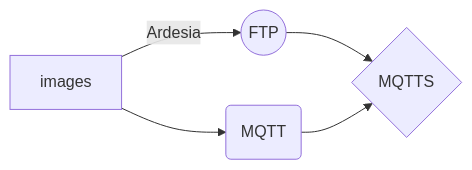
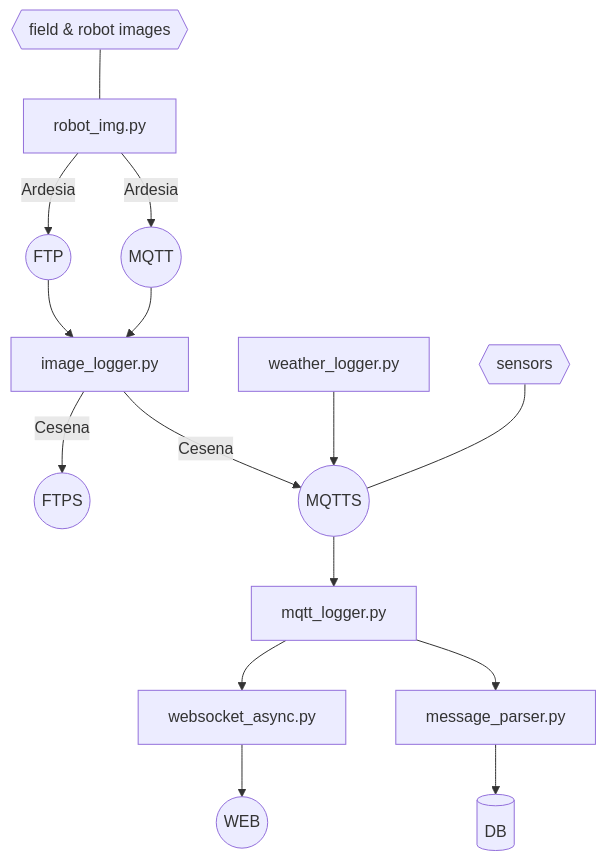
Before and after one commit to diramazioni/iotbroker: the diagram in README.md, drawn with Mermaid. The commit also changed other lines of this file and 4 other files, not shown here.

````diff
--- a/README.md
+++ b/README.md
@@ -15,7 +9,33 @@
 ```mermaid
-graph LR
-A[images] -- Ardesia --> B((FTP))
-A --> C(MQTT)
-B --> D{MQTTS}
+
+graph TD
+
+a{{field & robot images}} --- A
+
+A[robot_img.py] -- Ardesia --> B((FTP))
+
+A -- Ardesia --> C((MQTT))
+
+B --> D[image_logger.py]
+
 C --> D
+
+D -- Cesena --> E((FTPS))
+
+D -- Cesena --> F((MQTTS))
+
+G[weather_logger.py] --> F
+
+g{{sensors}} --- F
+
+F --> H[mqtt_logger.py]
+
+H --> I[websocket_async.py]
+
+I --> L((WEB))
+
+H --> M[message_parser.py]
+
+M --> N[(DB)]
+
 ```
````
